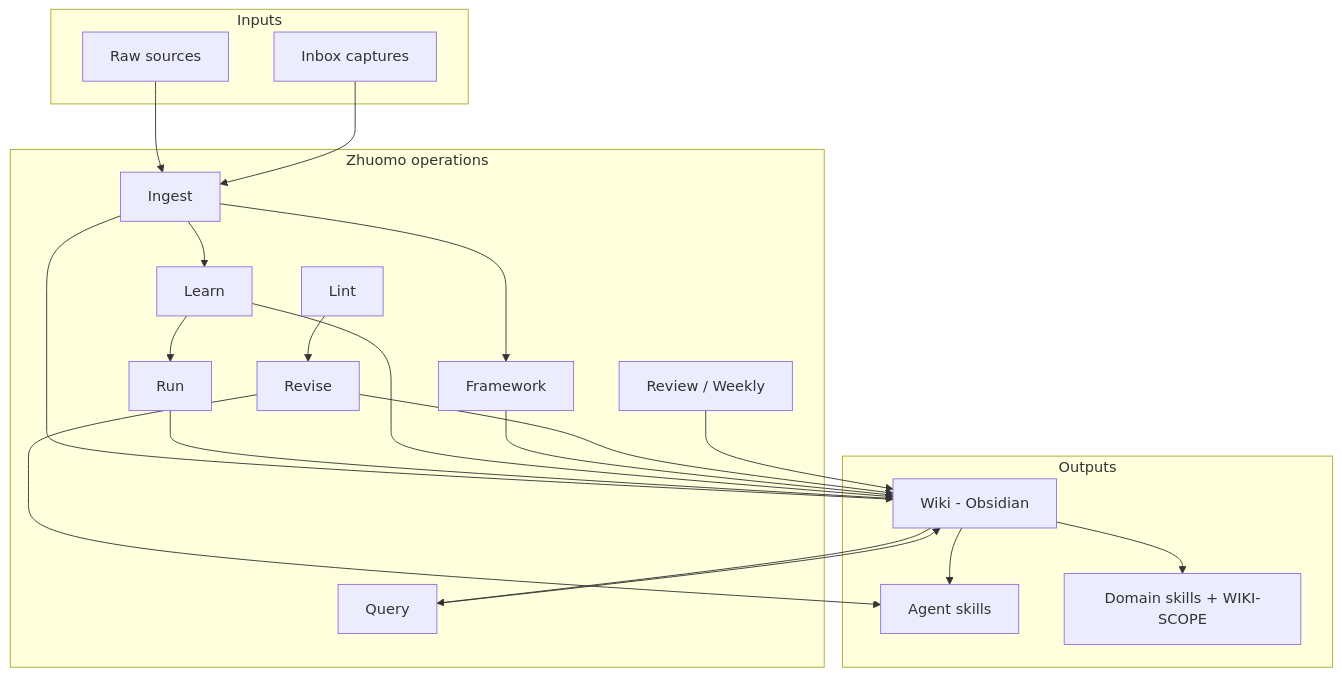
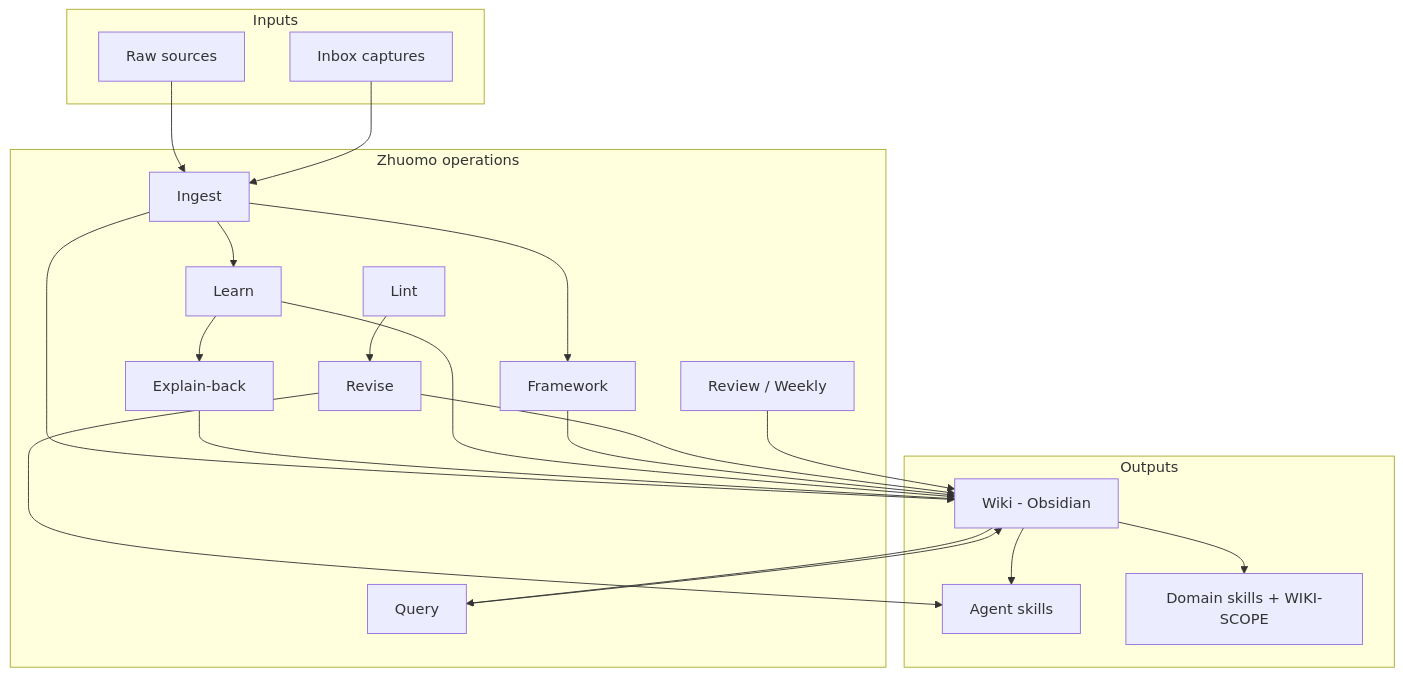
The first of 3 diagrams in FRAMEWORK.md (dylanchen1925/zhuomo), drawn with Mermaid before and after one commit. The commit also changed other lines of this file and 2 other files, not shown here.

First line of the commit message:
Align FRAMEWORK with Explain-back model and add overview sync script.

````diff
--- a/FRAMEWORK.md
+++ b/FRAMEWORK.md
@@ -28,42 +28,42 @@
 ```mermaid
 flowchart TD
   subgraph inputs [Inputs]
     R[Raw sources]
     I[Inbox captures]
   end
 
   subgraph process [Zhuomo operations]
     IN[Ingest]
     LR[Learn]
-    RN[Run]
+    EB[Explain-back]
     FW[Framework]
     RV[Review / Weekly]
     QY[Query]
     RZ[Revise]
     LT[Lint]
   end
 
   subgraph outputs [Outputs]
     W[Wiki - Obsidian]
     S[Agent skills]
     DS[Domain skills + WIKI-SCOPE]
   end
 
   R --> IN
   I --> IN
   IN --> W
   IN --> LR
-  LR --> RN
-  RN --> W
+  LR --> EB
+  EB --> W
   LR --> W
   IN --> FW
   FW --> W
   W --> QY
   QY --> W
   LT --> RZ
   RZ --> W
   RZ --> S
   W --> S
   W --> DS
   RV --> W
 ```
````
